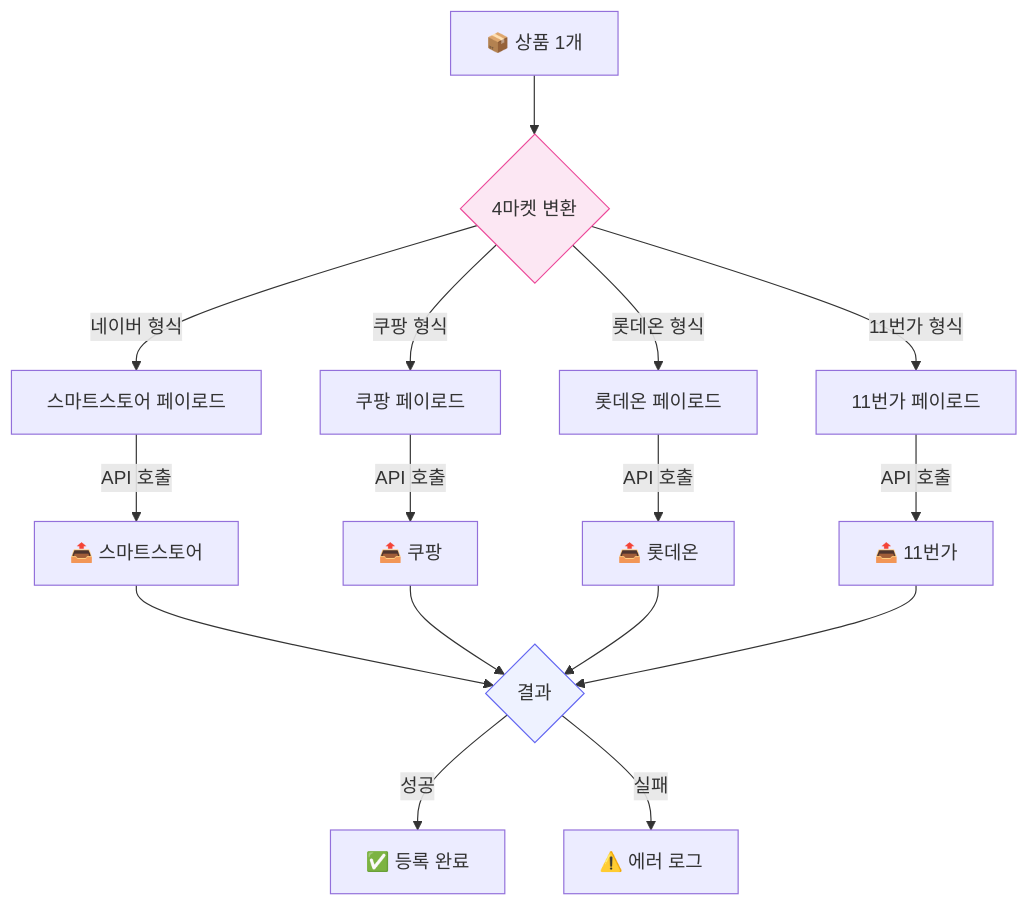
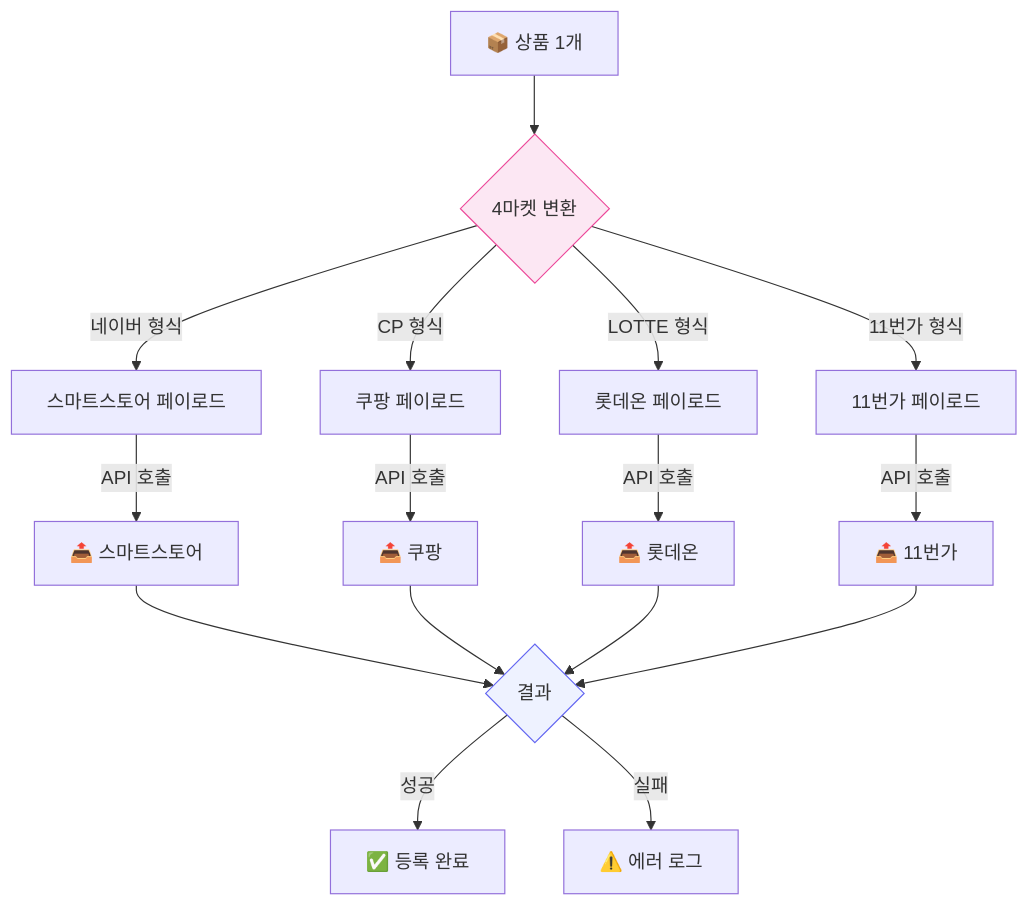
The fourth of 10 diagrams in docs/02-architecture.md (cksdud5785-design/lonit-manual), drawn with Mermaid before and after one commit. The commit also changed other lines of this file and 17 other files, not shown here.

First line of the commit message:
fix: mermaid 한국어 ID → ASCII + 더망고 → T사 일괄 변경

````diff
--- a/docs/02-architecture.md
+++ b/docs/02-architecture.md
@@ -97,25 +97,25 @@
 ```mermaid
 flowchart TB
     P[📦 상품 1개] --> M{4마켓 변환}
     
     M -->|네이버 형식| MN[스마트스토어 페이로드]
-    M -->|쿠팡 형식| MC[쿠팡 페이로드]
-    M -->|롯데온 형식| ML[롯데온 페이로드]
+    M -->|CP 형식| MC[쿠팡 페이로드]
+    M -->|LOTTE 형식| ML[롯데온 페이로드]
     M -->|11번가 형식| ME[11번가 페이로드]
     
     MN -->|API 호출| AN[📤 스마트스토어]
     MC -->|API 호출| AC[📤 쿠팡]
     ML -->|API 호출| AL[📤 롯데온]
     ME -->|API 호출| AE[📤 11번가]
     
     AN --> R{결과}
     AC --> R
     AL --> R
     AE --> R
     
     R -->|성공| OK[✅ 등록 완료]
     R -->|실패| F[⚠️ 에러 로그]
     
     style M fill:#fce7f3,stroke:#ec4899
     style R fill:#eef2ff,stroke:#6366f1
 ```
````
